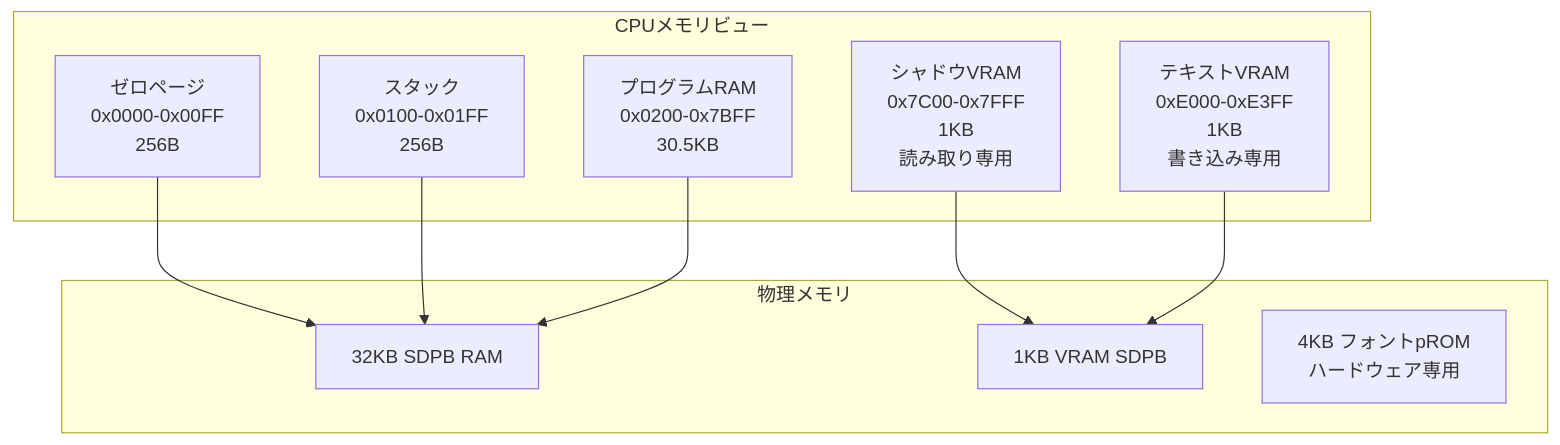
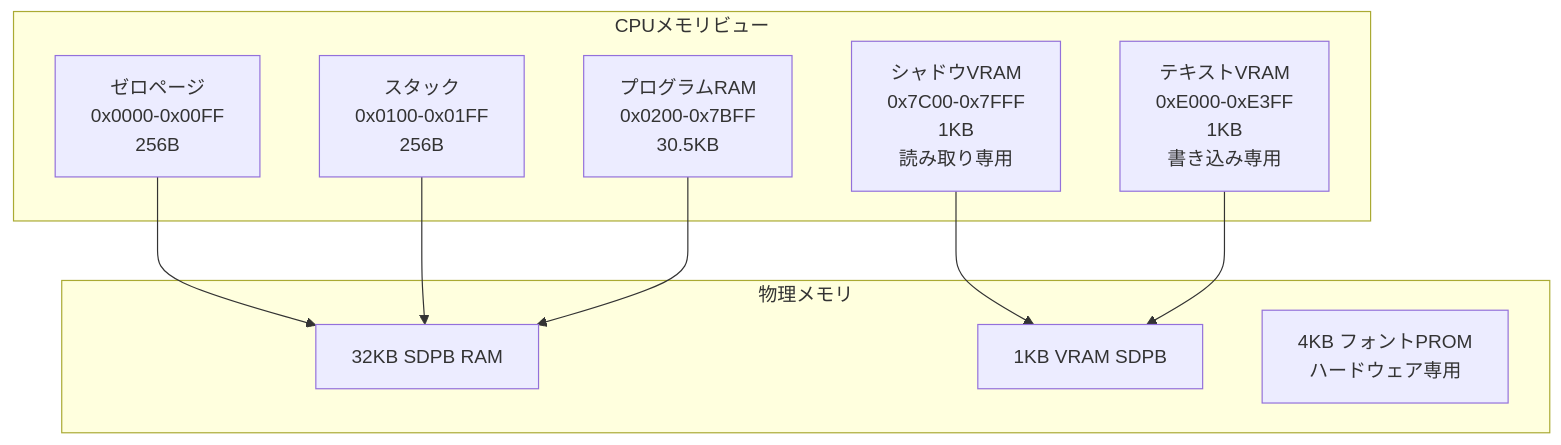
The second of 6 diagrams in README_architecture_ja.md (sokoide/tangnano_lcd_cpu_bsram), drawn with Mermaid before and after one commit. The commit also changed other lines of this file and 7 other files, not shown here.

````diff
--- a/README_architecture_ja.md
+++ b/README_architecture_ja.md
@@ -138,22 +168,22 @@
 ```mermaid
 graph TD
     subgraph "CPUメモリビュー"
         ZP[ゼロページ<br/>0x0000-0x00FF<br/>256B]
         STACK[スタック<br/>0x0100-0x01FF<br/>256B]
         PGMRAM[プログラムRAM<br/>0x0200-0x7BFF<br/>30.5KB]
         SHADOW[シャドウVRAM<br/>0x7C00-0x7FFF<br/>1KB<br/>読み取り専用]
         VRAM[テキストVRAM<br/>0xE000-0xE3FF<br/>1KB<br/>書き込み専用]
     end
     
     subgraph "物理メモリ"
         SDPB[32KB SDPB RAM]
         VSDPB[1KB VRAM SDPB]
-        PROM[4KB フォントpROM<br/>ハードウェア専用]
+        PROM[4KB フォントPROM<br/>ハードウェア専用]
     end
     
     ZP --> SDPB
     STACK --> SDPB
     PGMRAM --> SDPB
     SHADOW --> VSDPB
     VRAM --> VSDPB
 ```
````
